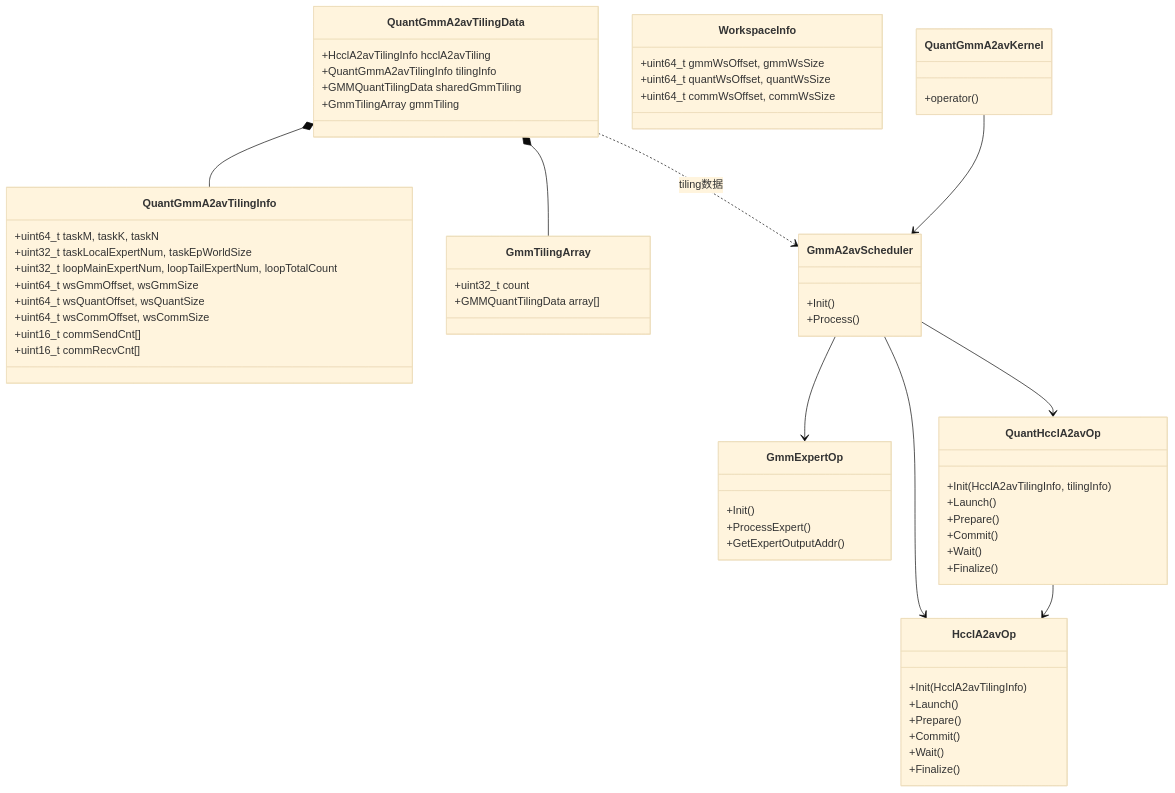
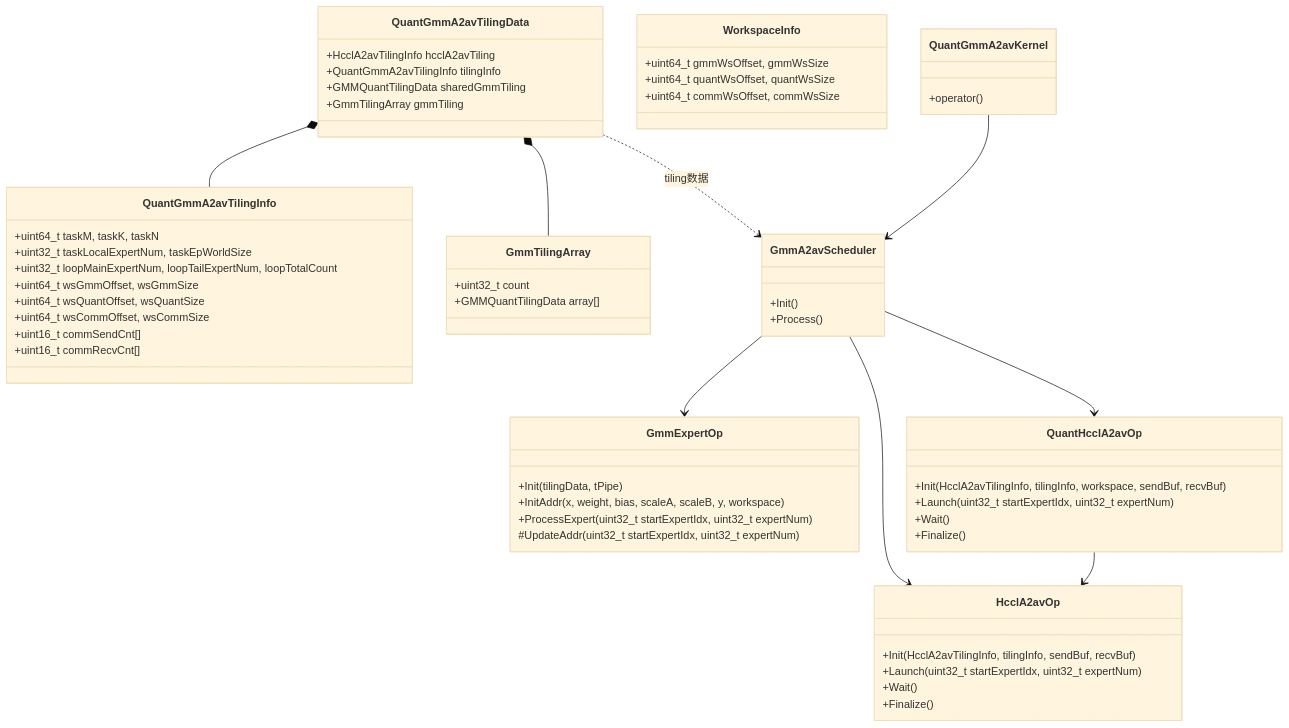
The diagram in mc2/grouped_mat_mul_allto_allv/grouped_mat_mul_allto_allv_quant_design.md (yuanfang-chen/ops-transformer), drawn with Mermaid (base theme) before and after one commit. The commit also changed other lines of this file, not shown here.

````diff
--- a/mc2/grouped_mat_mul_allto_allv/grouped_mat_mul_allto_allv_quant_design.md
+++ b/mc2/grouped_mat_mul_allto_allv/grouped_mat_mul_allto_allv_quant_design.md
@@ -78,80 +78,77 @@
 ```mermaid
 classDiagram
     direction TB
     
     %% TilingData 结构
     class QuantGmmA2avTilingData {
         +HcclA2avTilingInfo hcclA2avTiling
         +QuantGmmA2avTilingInfo tilingInfo
         +GMMQuantTilingData sharedGmmTiling
         +GmmTilingArray gmmTiling
     }
     
     class QuantGmmA2avTilingInfo {
         +uint64_t taskM, taskK, taskN
         +uint32_t taskLocalExpertNum, taskEpWorldSize
         +uint32_t loopMainExpertNum, loopTailExpertNum, loopTotalCount
         +uint64_t wsGmmOffset, wsGmmSize
         +uint64_t wsQuantOffset, wsQuantSize
         +uint64_t wsCommOffset, wsCommSize
         +uint16_t commSendCnt[]
         +uint16_t commRecvCnt[]
     }
     
     class WorkspaceInfo {
         +uint64_t gmmWsOffset, gmmWsSize
         +uint64_t quantWsOffset, quantWsSize
         +uint64_t commWsOffset, commWsSize
     }
     
     class GmmTilingArray {
         +uint32_t count
         +GMMQuantTilingData array[]
     }
     
     %% 核心操作类
     class QuantGmmA2avKernel {
         +operator()
     }
     
     class GmmA2avScheduler {
         +Init()
         +Process()
     }
     
     class GmmExpertOp {
-        +Init()
-        +ProcessExpert()
-        +GetExpertOutputAddr()
+        +Init(tilingData, tPipe)
+        +InitAddr(x, weight, bias, scaleA, scaleB, y, workspace)
+        +ProcessExpert(uint32_t startExpertIdx, uint32_t expertNum)
+        #UpdateAddr(uint32_t startExpertIdx, uint32_t expertNum)
     }
     
     class HcclA2avOp {
-        +Init(HcclA2avTilingInfo)
-        +Launch()
-        +Prepare()
-        +Commit()
+        +Init(HcclA2avTilingInfo, tilingInfo, sendBuf, recvBuf)
+        +Launch(uint32_t startExpertIdx, uint32_t expertNum)
         +Wait()
         +Finalize()
     }
     
     class QuantHcclA2avOp {
-        +Init(HcclA2avTilingInfo, tilingInfo)
-        +Launch()
-        +Prepare()
-        +Commit()
+        +Init(HcclA2avTilingInfo, tilingInfo, workspace, sendBuf, recvBuf)
+        +Launch(uint32_t startExpertIdx, uint32_t expertNum)
         +Wait()
         +Finalize()
     }
     
     %% TilingData 组合关系
     QuantGmmA2avTilingData *-- QuantGmmA2avTilingInfo
     QuantGmmA2avTilingData *-- GmmTilingArray
     
     %% 操作类关系
     QuantGmmA2avKernel --> GmmA2avScheduler
     GmmA2avScheduler --> GmmExpertOp
     GmmA2avScheduler --> HcclA2avOp
     GmmA2avScheduler --> QuantHcclA2avOp
     QuantHcclA2avOp --> HcclA2avOp
     QuantGmmA2avTilingData ..> GmmA2avScheduler : tiling数据
 ```
````
